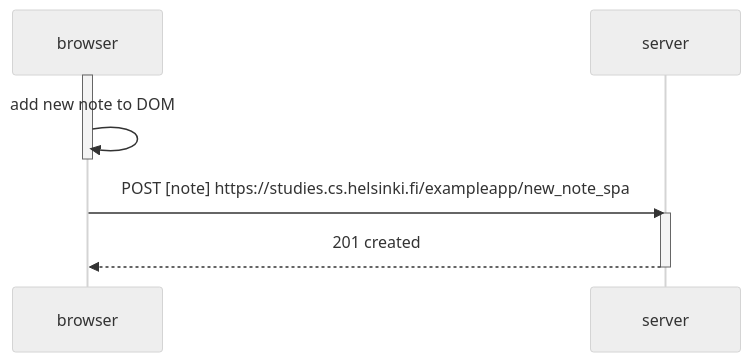
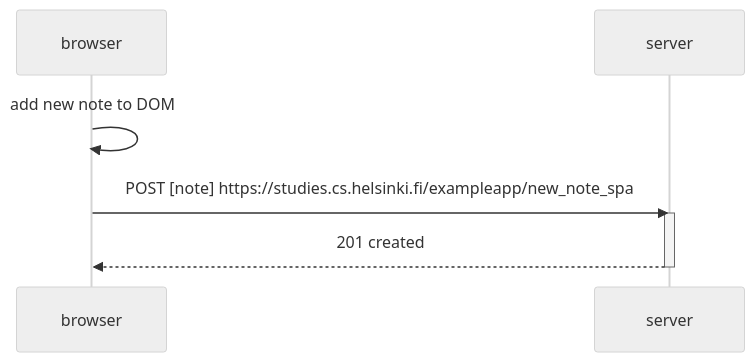
One commit to aralids/UHelsinki-FullStack-Solutions changed the diagram in part0/0-6.mmd. Above: the diagram before and after it, drawn with Mermaid (neutral theme).

```diff
--- a/part0/0-6.mmd
+++ b/part0/0-6.mmd
@@ -1,12 +1,10 @@
 sequenceDiagram
     participant browser
     participant server
 
-    activate browser
     browser->>browser: add new note to DOM
-    deactivate browser
 
     browser->>server: POST [note] https://studies.cs.helsinki.fi/exampleapp/new_note_spa
     activate server
     server-->>browser: 201 created
     deactivate server
```
